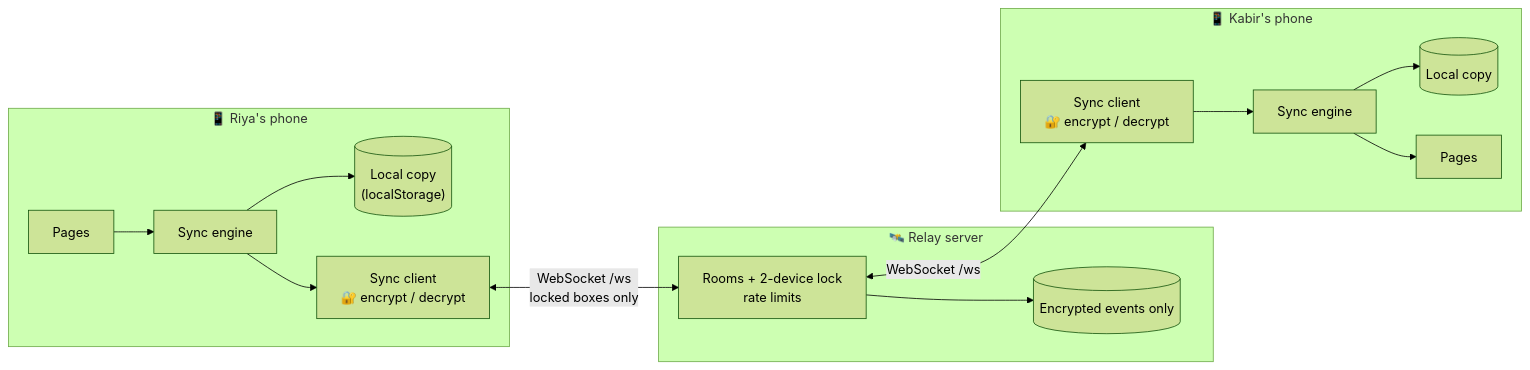
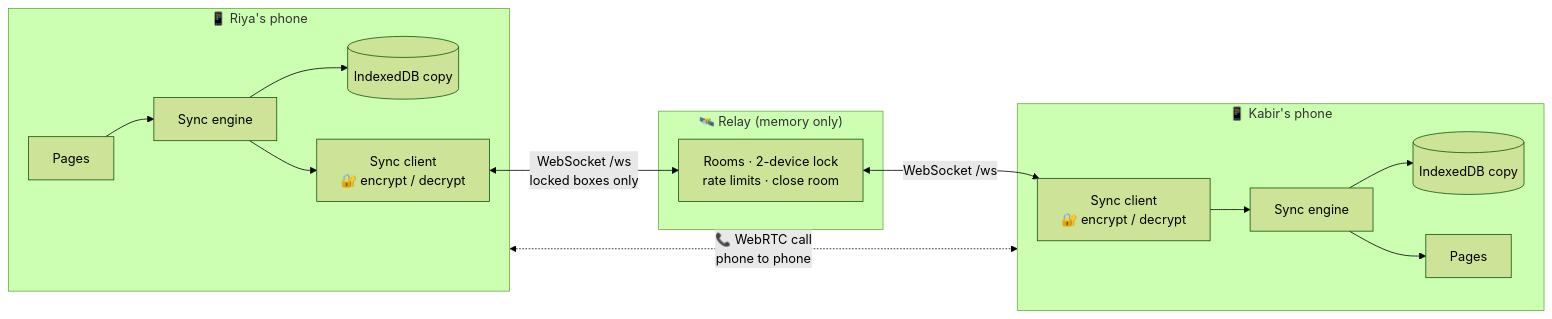
Before and after one commit to silent-coder-dev/private-space: the second of 2 diagrams in front-end/doc/02-approaches.md, drawn with Mermaid (forest theme). The commit also changed other lines of this file and 144 other files, not shown here.

````diff
--- a/front-end/doc/02-approaches.md
+++ b/front-end/doc/02-approaches.md
@@ -77,18 +67,19 @@
 ```mermaid
 flowchart LR
     subgraph PhoneA["📱 Riya's phone"]
       UIA["Pages"] --> EA["Sync engine"]
-      EA --> LA[("Local copy<br/>(localStorage)")]
+      EA --> LA[("IndexedDB copy")]
       EA --> CA["Sync client<br/>🔐 encrypt / decrypt"]
     end
-    subgraph Server["🛰️ Relay server"]
-      R["Rooms + 2-device lock<br/>rate limits"] --> S[("Encrypted events only")]
+    subgraph Server["🛰️ Relay (memory only)"]
+      R["Rooms · 2-device lock<br/>rate limits · close room"]
     end
     subgraph PhoneB["📱 Kabir's phone"]
       CB["Sync client<br/>🔐 encrypt / decrypt"] --> EB["Sync engine"]
-      EB --> LB[("Local copy")]
+      EB --> LB[("IndexedDB copy")]
       EB --> UIB["Pages"]
     end
     CA <-- "WebSocket /ws<br/>locked boxes only" --> R
     R <-- "WebSocket /ws" --> CB
+    PhoneA <-. "📞 WebRTC call<br/>phone to phone" .-> PhoneB
 ```
````
